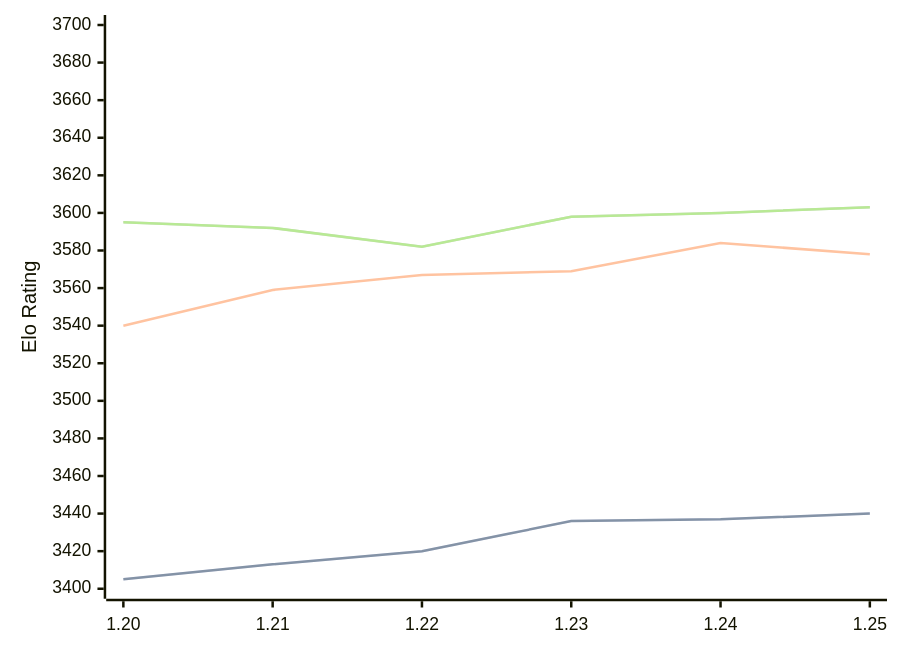
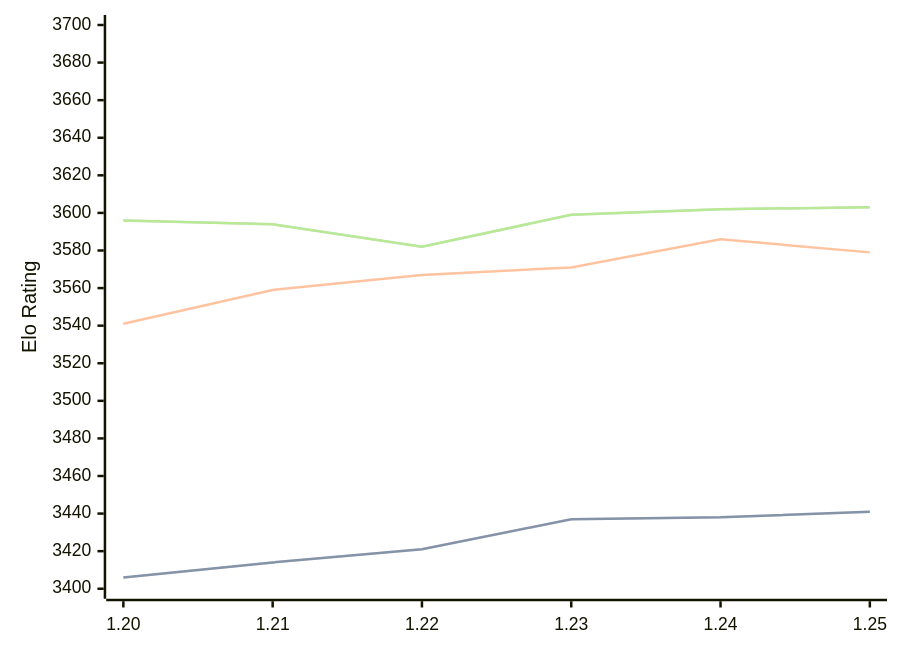
One commit to computer-chess-index/cci changed the diagram in engines/Caissa.md. Above: the diagram before and after it, drawn with Mermaid. The commit also changed other lines of this file, not shown here.

Commit message:
Update CCI Ratings (ELO VLTC) - 2026-05-16

````diff
--- a/engines/Caissa.md
+++ b/engines/Caissa.md
@@ -65,11 +65,11 @@
 ```mermaid
 %%{init: {"theme":"base","themeVariables":{"seriesColors:['#a3a3a3','#222221','#faa371']}}}%%
 xychart-beta
   x-axis ["1.20", "1.21", "1.22", "1.23", "1.24", "1.25"]
   y-axis "Elo Rating" 3400 --> 3700
-  line "STC (8.0+0.08s)" [3405, 3413, 3420, 3436, 3437, 3440]
-  line "STC (8.0+0.08s)" [3405, 3413, 3420, 3436, 3437, 3440]
-  line "LTC (60.0+0.60s)" [3540, 3559, 3567, 3569, 3584, 3578]
-  line "VLTC (2m24s+1.12s)" [3595, 3592, 3582, 3598, 3600, 3603]
-  line "VLTC (2m24s+1.12s)" [3595, 3592, 3582, 3598, 3600, 3603]
+  line "STC (8.0+0.08s)" [3406, 3414, 3421, 3437, 3438, 3441]
+  line "STC (8.0+0.08s)" [3406, 3414, 3421, 3437, 3438, 3441]
+  line "LTC (60.0+0.60s)" [3541, 3559, 3567, 3571, 3586, 3579]
+  line "VLTC (2m24s+1.12s)" [3596, 3594, 3582, 3599, 3602, 3603]
+  line "VLTC (2m24s+1.12s)" [3596, 3594, 3582, 3599, 3602, 3603]
 ```
````
